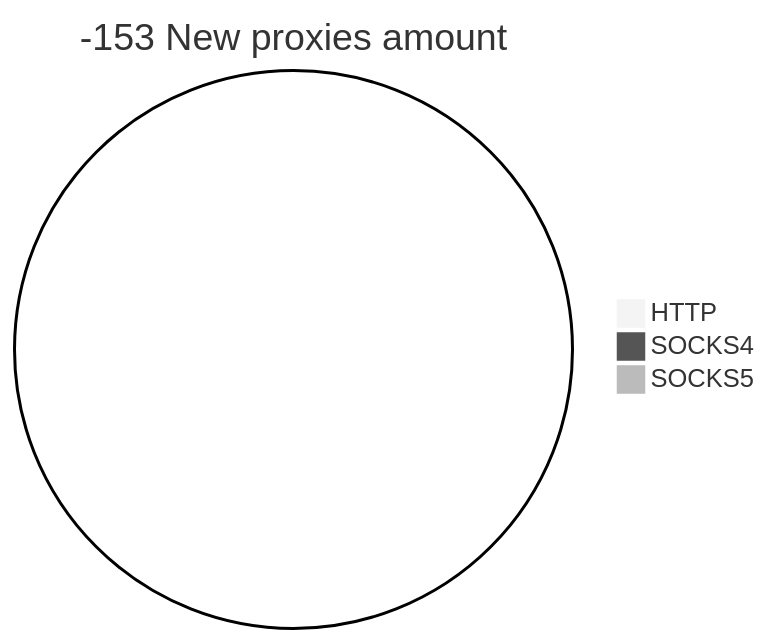
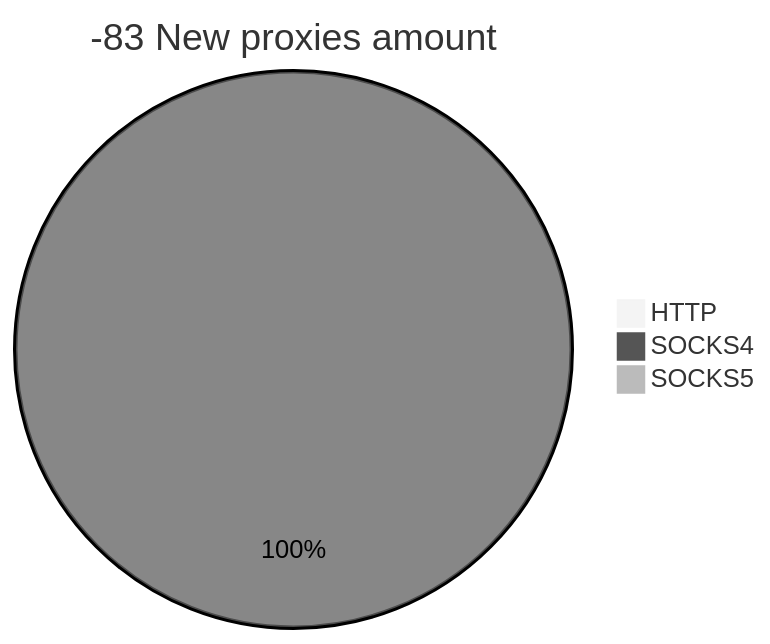
One commit to cutipu/proxylist changed the second of 2 diagrams in README.md. Above: the diagram before and after it, drawn with Mermaid (neutral theme). The commit also changed other lines of this file, not shown here.

````diff
--- a/README.md
+++ b/README.md
@@ -10,6 +10,6 @@
 ```mermaid
-pie title -153 New proxies amount
+pie title -83 New proxies amount
     "HTTP" : 0
-    "SOCKS4" : 0
+    "SOCKS4" : 2
     "SOCKS5" : 0
 ```
````
